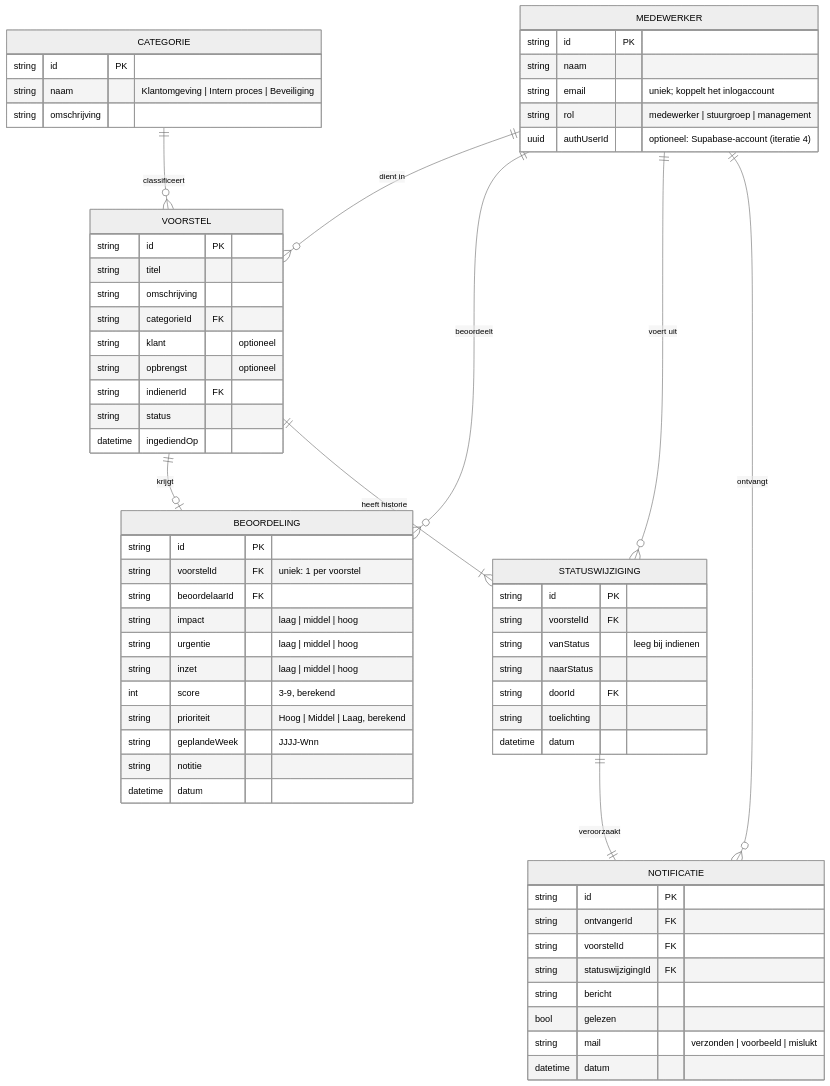
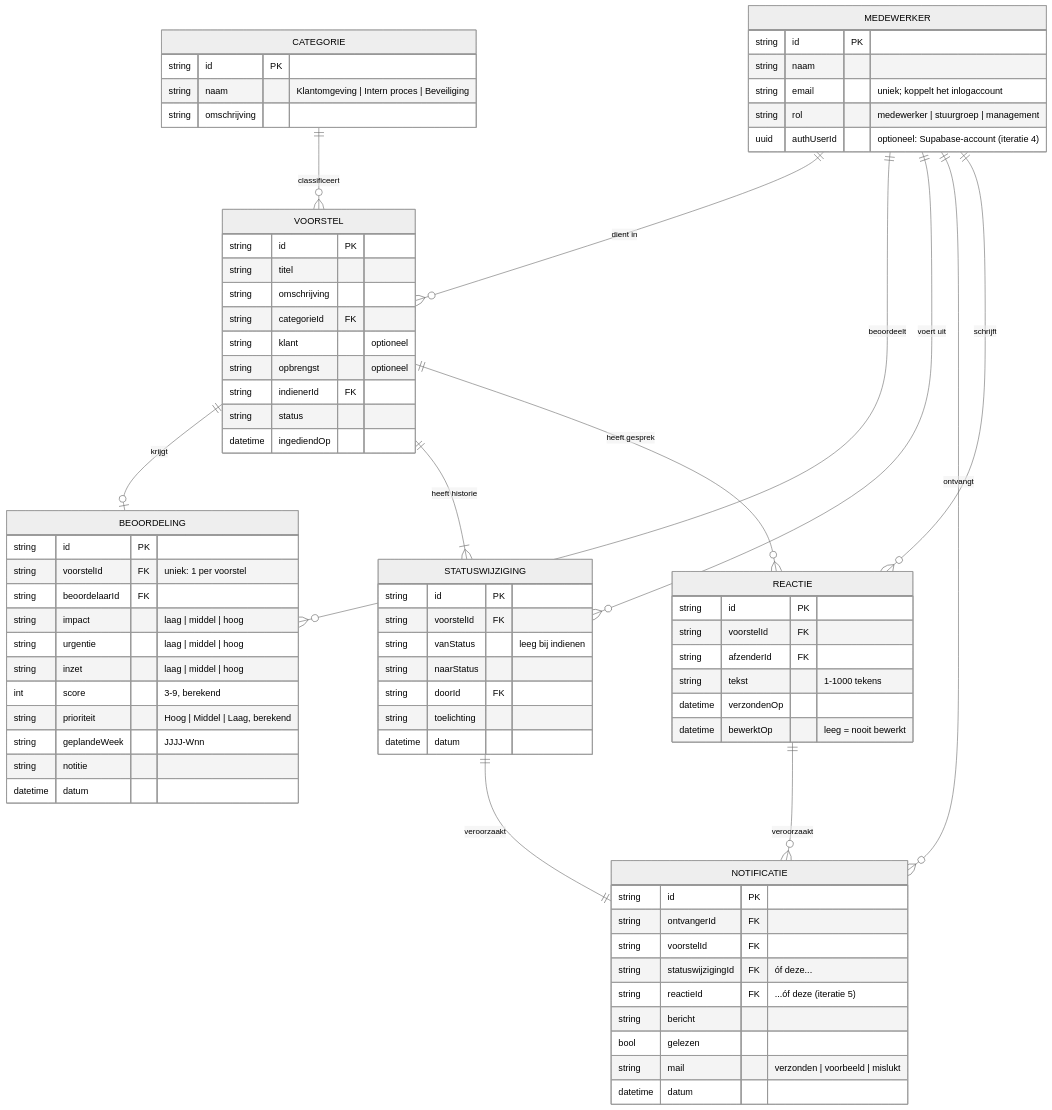
The first of 4 diagrams in docs/ontwerp.md (Theosilfhout10/ImprovmentInterface), drawn with Mermaid (neutral theme) before and after one commit. The commit also changed other lines of this file and 16 other files, not shown here.

First line of the commit message:
Gesprek per verbetervoorstel tussen indiener en stuurgroep (iteratie 5a)

````diff
--- a/docs/ontwerp.md
+++ b/docs/ontwerp.md
@@ -36,67 +37,79 @@
 ```mermaid
 erDiagram
     MEDEWERKER ||--o{ VOORSTEL : "dient in"
     CATEGORIE ||--o{ VOORSTEL : "classificeert"
     VOORSTEL ||--o| BEOORDELING : "krijgt"
     MEDEWERKER ||--o{ BEOORDELING : "beoordeelt"
     VOORSTEL ||--|{ STATUSWIJZIGING : "heeft historie"
     MEDEWERKER ||--o{ STATUSWIJZIGING : "voert uit"
     STATUSWIJZIGING ||--|| NOTIFICATIE : "veroorzaakt"
     MEDEWERKER ||--o{ NOTIFICATIE : "ontvangt"
+    VOORSTEL ||--o{ REACTIE : "heeft gesprek"
+    MEDEWERKER ||--o{ REACTIE : "schrijft"
+    REACTIE ||--o{ NOTIFICATIE : "veroorzaakt"
 
     MEDEWERKER {
         string id PK
         string naam
         string email "uniek; koppelt het inlogaccount"
         string rol "medewerker | stuurgroep | management"
         uuid authUserId "optioneel: Supabase-account (iteratie 4)"
     }
     CATEGORIE {
         string id PK
         string naam "Klantomgeving | Intern proces | Beveiliging"
         string omschrijving
     }
     VOORSTEL {
         string id PK
         string titel
         string omschrijving
         string categorieId FK
         string klant "optioneel"
         string opbrengst "optioneel"
         string indienerId FK
         string status
         datetime ingediendOp
     }
     BEOORDELING {
         string id PK
         string voorstelId FK "uniek: 1 per voorstel"
         string beoordelaarId FK
         string impact "laag | middel | hoog"
         string urgentie "laag | middel | hoog"
         string inzet "laag | middel | hoog"
         int score "3-9, berekend"
         string prioriteit "Hoog | Middel | Laag, berekend"
         string geplandeWeek "JJJJ-Wnn"
         string notitie
         datetime datum
     }
     STATUSWIJZIGING {
         string id PK
         string voorstelId FK
         string vanStatus "leeg bij indienen"
         string naarStatus
         string doorId FK
         string toelichting
         datetime datum
     }
     NOTIFICATIE {
         string id PK
         string ontvangerId FK
         string voorstelId FK
-        string statuswijzigingId FK
+        string statuswijzigingId FK "óf deze..."
+        string reactieId FK "...óf deze (iteratie 5)"
         string bericht
         bool gelezen
         string mail "verzonden | voorbeeld | mislukt"
         datetime datum
     }
+    REACTIE {
+        string id PK
+        string voorstelId FK
+        string afzenderId FK
+        string tekst "1-1000 tekens"
+        datetime verzondenOp
+        datetime bewerktOp "leeg = nooit bewerkt"
+    }
 ```
````
